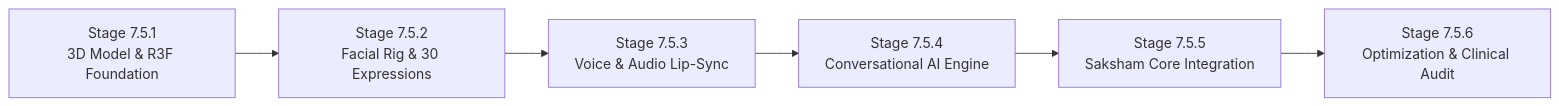
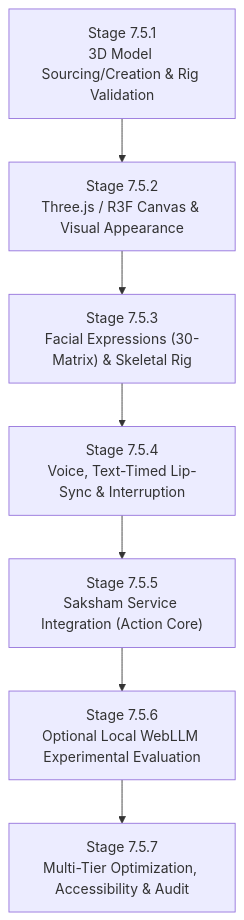
The diagram in docs/product-vision/MILESTONE_7_5_ASHA_3D_AI_ARCHITECTURE_BLUEPRINT.md (TrishnaBapna/Saksham), drawn with Mermaid before and after one commit. The commit also changed other lines of this file, not shown here.

Commit message:
docs(milestone-7.5): revise architecture blueprint with feasibility corrections and product decisions (Milestone 7.5.0.1)

````diff
--- a/docs/product-vision/MILESTONE_7_5_ASHA_3D_AI_ARCHITECTURE_BLUEPRINT.md
+++ b/docs/product-vision/MILESTONE_7_5_ASHA_3D_AI_ARCHITECTURE_BLUEPRINT.md
@@ -421,8 +486,9 @@
 ```mermaid
-flowchart LR
-    S1["Stage 7.5.1<br>3D Model & R3F Foundation"] --> S2["Stage 7.5.2<br>Facial Rig & 30 Expressions"]
-    S2 --> S3["Stage 7.5.3<br>Voice & Audio Lip-Sync"]
-    S3 --> S4["Stage 7.5.4<br>Conversational AI Engine"]
-    S4 --> S5["Stage 7.5.5<br>Saksham Core Integration"]
-    S5 --> S6["Stage 7.5.6<br>Optimization & Clinical Audit"]
+flowchart TD
+    S1["Stage 7.5.1<br>3D Model Sourcing/Creation & Rig Validation"] --> S2["Stage 7.5.2<br>Three.js / R3F Canvas & Visual Appearance"]
+    S2 --> S3["Stage 7.5.3<br>Facial Expressions (30-Matrix) & Skeletal Rig"]
+    S3 --> S4["Stage 7.5.4<br>Voice, Text-Timed Lip-Sync & Interruption"]
+    S4 --> S5["Stage 7.5.5<br>Saksham Service Integration (Action Core)"]
+    S5 --> S6["Stage 7.5.6<br>Optional Local WebLLM Experimental Evaluation"]
+    S6 --> S7["Stage 7.5.7<br>Multi-Tier Optimization, Accessibility & Audit"]
 ```
````
